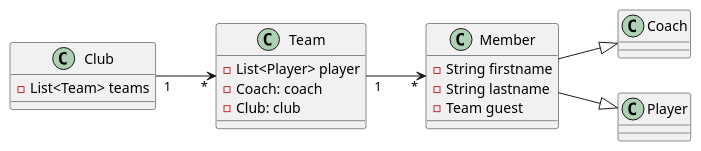
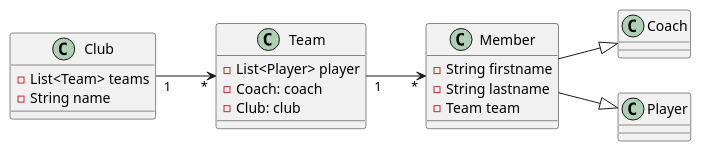
The diagram in asciidocs/plantuml/class.puml (2122-4ahif-nvs/01-microproject-philippkerschbaum), drawn with PlantUML before and after one commit. The commit also changed 5 other files, not shown here.

```diff
--- a/asciidocs/plantuml/class.puml
+++ b/asciidocs/plantuml/class.puml
@@ -1,31 +1,32 @@
 @startuml
 
 left to right direction
 
 class Club{
     -List<Team> teams
+    -String name
 }
 class Member{
     -String firstname
     -String lastname
-    -Team guest
+    -Team team
 }
 class Coach{
 
 }
 
 class Player{
 
 }
 class Team{
     -List<Player> player
     -Coach: coach
     -Club: club
 }
 
 Club"1"-->"*"Team
 Team"1"-->"*"Member
 Member --|> Coach
 Member --|> Player
 
 @enduml
```
